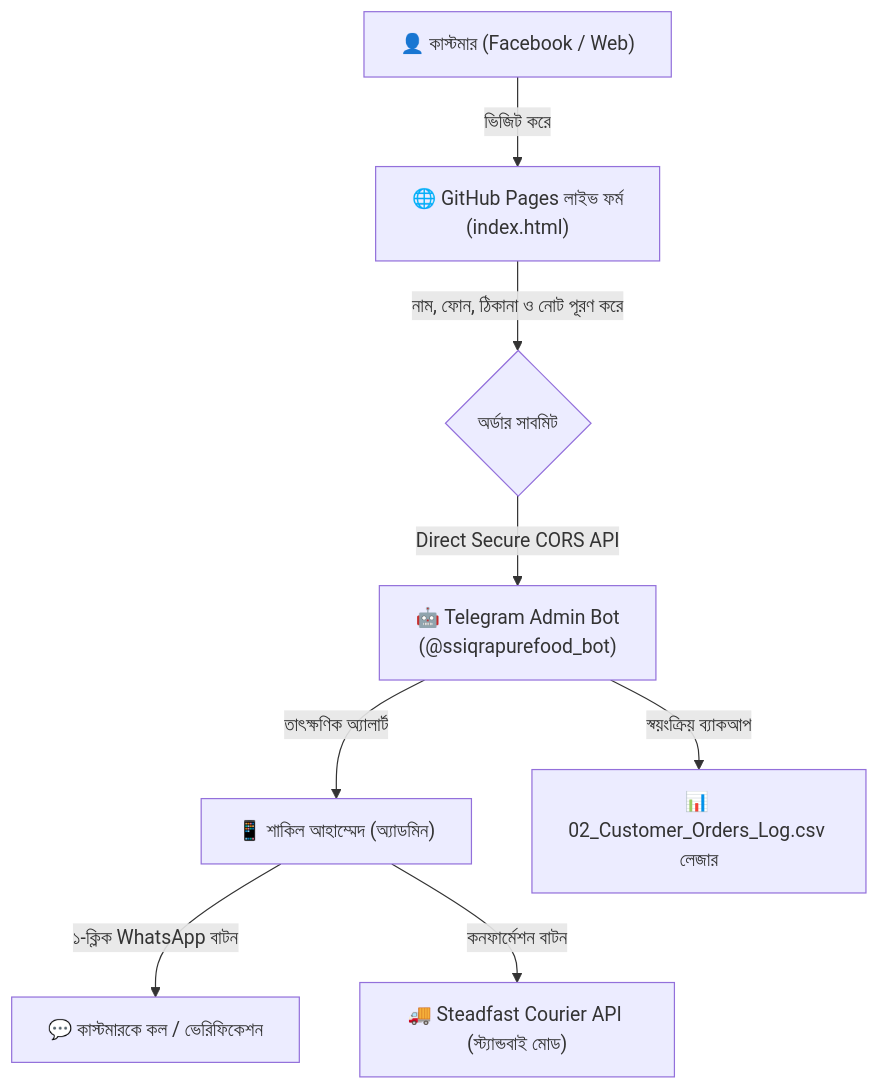
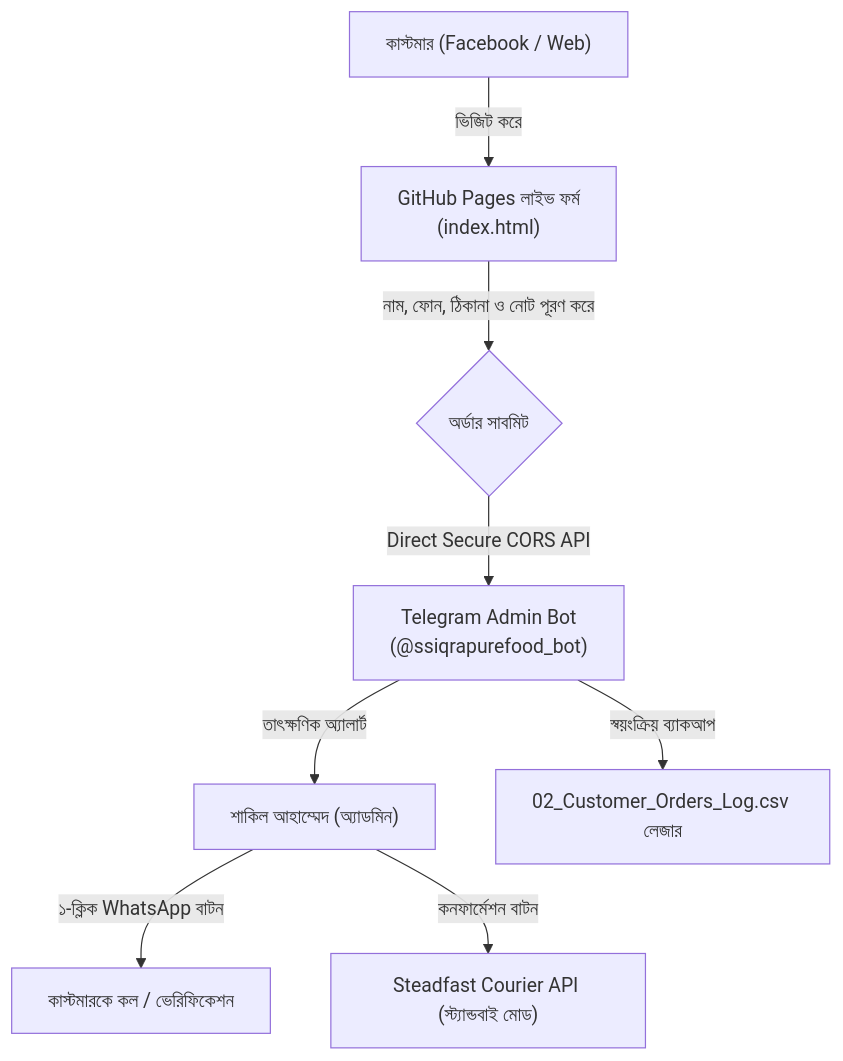
The diagram in README.md (sakilahammed-dev/ss-iqra-pure-food), drawn with Mermaid before and after one commit. The commit also changed other lines of this file, not shown here.

````diff
--- a/README.md
+++ b/README.md
@@ -33,10 +33,10 @@
 ```mermaid
 flowchart TD
-    A["👤 কাস্টমার (Facebook / Web)"] -->|"ভিজিট করে"| B["🌐 GitHub Pages লাইভ ফর্ম<br/>(index.html)"]
+    A["কাস্টমার (Facebook / Web)"] -->|"ভিজিট করে"| B["GitHub Pages লাইভ ফর্ম<br/>(index.html)"]
     B -->|"নাম, ফোন, ঠিকানা ও নোট পূরণ করে"| C{"অর্ডার সাবমিট"}
-    C -->|"Direct Secure CORS API"| D["🤖 Telegram Admin Bot<br/>(@ssiqrapurefood_bot)"]
-    D -->|"তাৎক্ষণিক অ্যালার্ট"| E["📱 শাকিল আহাম্মেদ (অ্যাডমিন)"]
-    E -->|"১-ক্লিক WhatsApp বাটন"| F["💬 কাস্টমারকে কল / ভেরিফিকেশন"]
-    E -->|"কনফার্মেশন বাটন"| G["🚚 Steadfast Courier API (স্ট্যান্ডবাই মোড)"]
-    D -->|"স্বয়ংক্রিয় ব্যাকআপ"| H["📊 02_Customer_Orders_Log.csv লেজার"]
+    C -->|"Direct Secure CORS API"| D["Telegram Admin Bot<br/>(@ssiqrapurefood_bot)"]
+    D -->|"তাৎক্ষণিক অ্যালার্ট"| E["শাকিল আহাম্মেদ (অ্যাডমিন)"]
+    E -->|"১-ক্লিক WhatsApp বাটন"| F["কাস্টমারকে কল / ভেরিফিকেশন"]
+    E -->|"কনফার্মেশন বাটন"| G["Steadfast Courier API (স্ট্যান্ডবাই মোড)"]
+    D -->|"স্বয়ংক্রিয় ব্যাকআপ"| H["02_Customer_Orders_Log.csv লেজার"]
 ```
````
